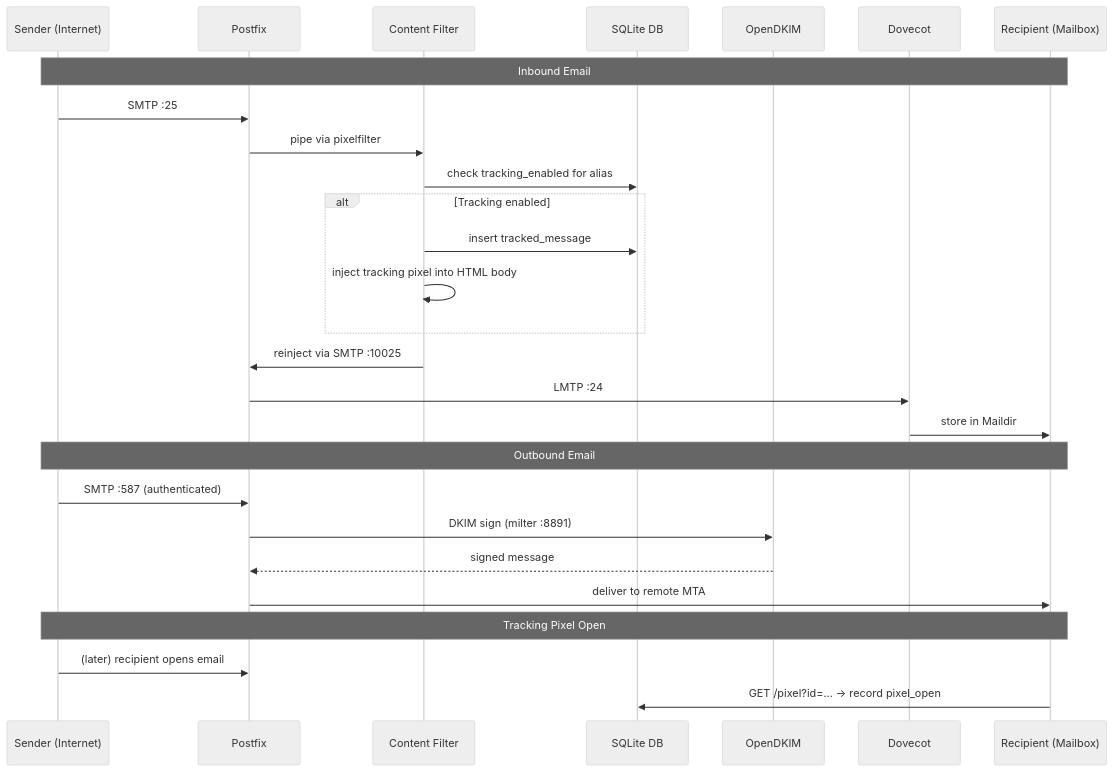
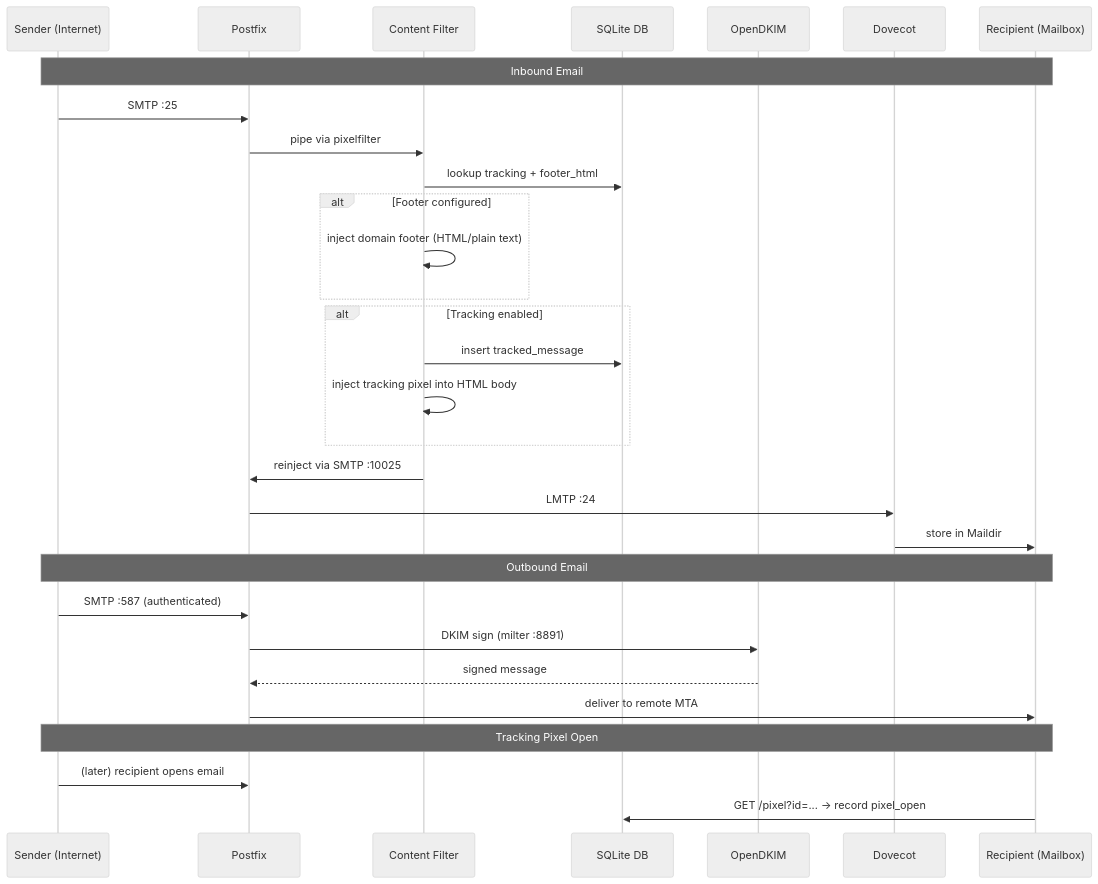
The second of 5 diagrams in README.md (tayyebi/mailserver), drawn with Mermaid (neutral theme) before and after one commit. The commit also changed other lines of this file and 3 other files, not shown here.

````diff
--- a/README.md
+++ b/README.md
@@ -59,32 +59,35 @@
 ```mermaid
 sequenceDiagram
     participant Sender as Sender (Internet)
     participant Postfix
     participant Filter as Content Filter
     participant SQLite as SQLite DB
     participant OpenDKIM
     participant Dovecot
     participant Recipient as Recipient (Mailbox)
 
     Note over Sender,Recipient: Inbound Email
     Sender->>Postfix: SMTP :25
     Postfix->>Filter: pipe via pixelfilter
-    Filter->>SQLite: check tracking_enabled for alias
+    Filter->>SQLite: lookup tracking + footer_html
+    alt Footer configured
+        Filter->>Filter: inject domain footer (HTML/plain text)
+    end
     alt Tracking enabled
         Filter->>SQLite: insert tracked_message
         Filter->>Filter: inject tracking pixel into HTML body
     end
     Filter->>Postfix: reinject via SMTP :10025
     Postfix->>Dovecot: LMTP :24
     Dovecot->>Recipient: store in Maildir
 
     Note over Sender,Recipient: Outbound Email
     Sender->>Postfix: SMTP :587 (authenticated)
     Postfix->>OpenDKIM: DKIM sign (milter :8891)
     OpenDKIM-->>Postfix: signed message
     Postfix->>Recipient: deliver to remote MTA
 
     Note over Sender,Recipient: Tracking Pixel Open
     Sender->>Postfix: (later) recipient opens email
     Recipient->>SQLite: GET /pixel?id=... → record pixel_open
 ```
````
